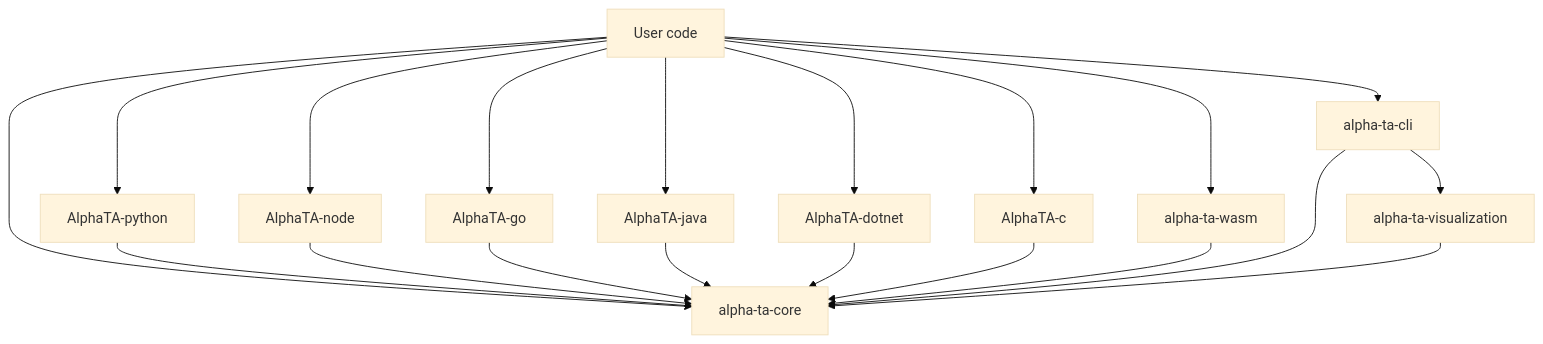
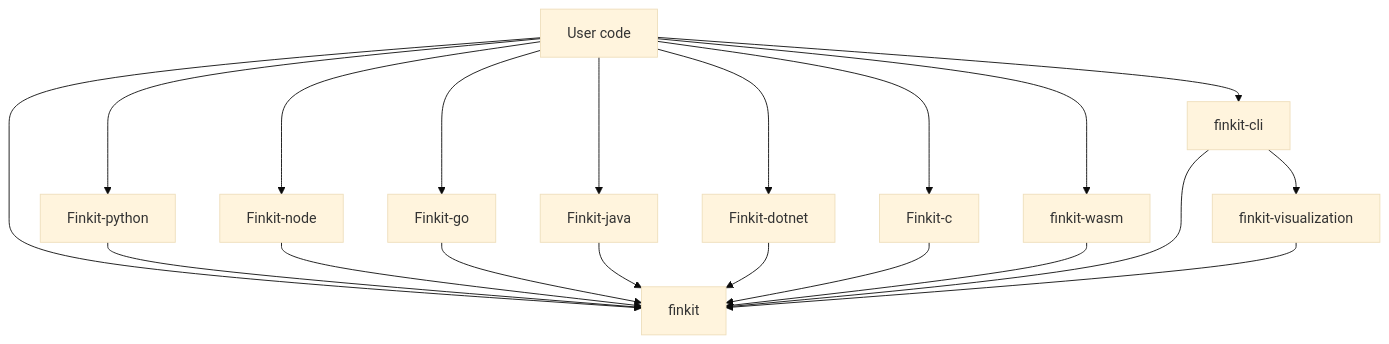
One commit to coeasy/finkit changed the diagram in docs/architecture/overview.md. Above: the diagram before and after it, drawn with Mermaid (base theme). The commit also changed other lines of this file and 112 other files, not shown here.

````diff
--- a/docs/architecture/overview.md
+++ b/docs/architecture/overview.md
@@ -9,23 +9,23 @@
 ```mermaid
 graph TD
-  user[User code] --> core[alpha-ta-core]
-  user --> cli[alpha-ta-cli]
-  user --> wasm[alpha-ta-wasm]
-  user --> py[AlphaTA-python]
-  user --> node[AlphaTA-node]
-  user --> go[AlphaTA-go]
-  user --> java[AlphaTA-java]
-  user --> dotnet[AlphaTA-dotnet]
-  user --> c[AlphaTA-c]
+  user[User code] --> core[finkit]
+  user --> cli[finkit-cli]
+  user --> wasm[finkit-wasm]
+  user --> py[Finkit-python]
+  user --> node[Finkit-node]
+  user --> go[Finkit-go]
+  user --> java[Finkit-java]
+  user --> dotnet[Finkit-dotnet]
+  user --> c[Finkit-c]
 
   py --> core
   node --> core
   go --> core
   java --> core
   dotnet --> core
   c --> core
   wasm --> core
   cli --> core
-  cli --> viz[alpha-ta-visualization]
+  cli --> viz[finkit-visualization]
   viz --> core
 ```
````
